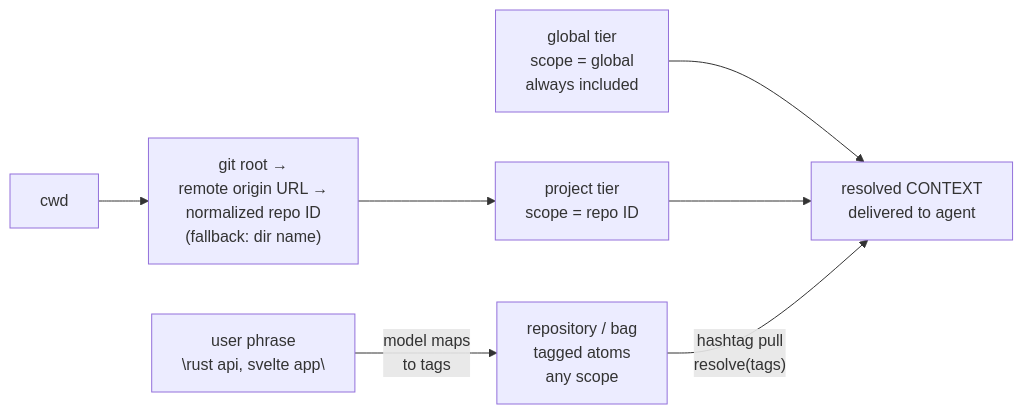
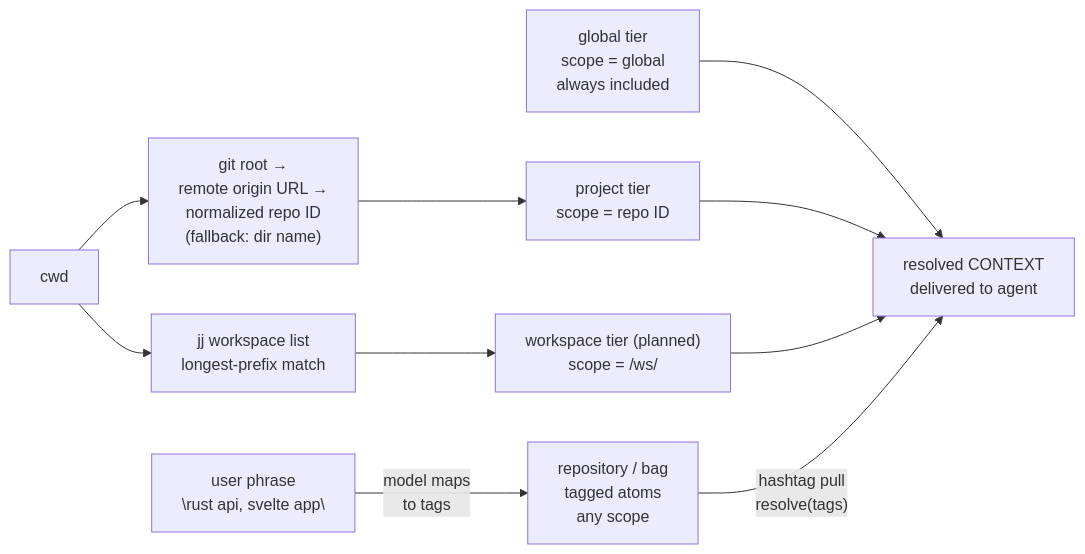
The first of 5 diagrams in research/memory-plane.md (fluid-notion-labs/gzero), drawn with Mermaid before and after one commit. The commit also changed other lines of this file, not shown here.

Commit message:
Spec workspace tier (planned) in memory-plane

````diff
--- a/research/memory-plane.md
+++ b/research/memory-plane.md
@@ -68,8 +74,9 @@
 ```mermaid
 flowchart LR
     G["global tier\nscope = global\nalways included"] --> R
     CWD["cwd"] --> GIT["git root →\nremote origin URL →\nnormalized repo ID\n(fallback: dir name)"] --> P["project tier\nscope = repo ID"]
     P --> R["resolved CONTEXT\ndelivered to agent"]
+    CWD --> JJ["jj workspace list\nlongest-prefix match"] --> WS["workspace tier (planned)\nscope = <repo>/ws/<feat>"] --> R
     B["repository / bag\ntagged atoms\nany scope"] -- "hashtag pull\nresolve(tags)" --> R
     U["user phrase\n\"rust api, svelte app\""] -- "model maps\nto tags" --> B
 ```
````
